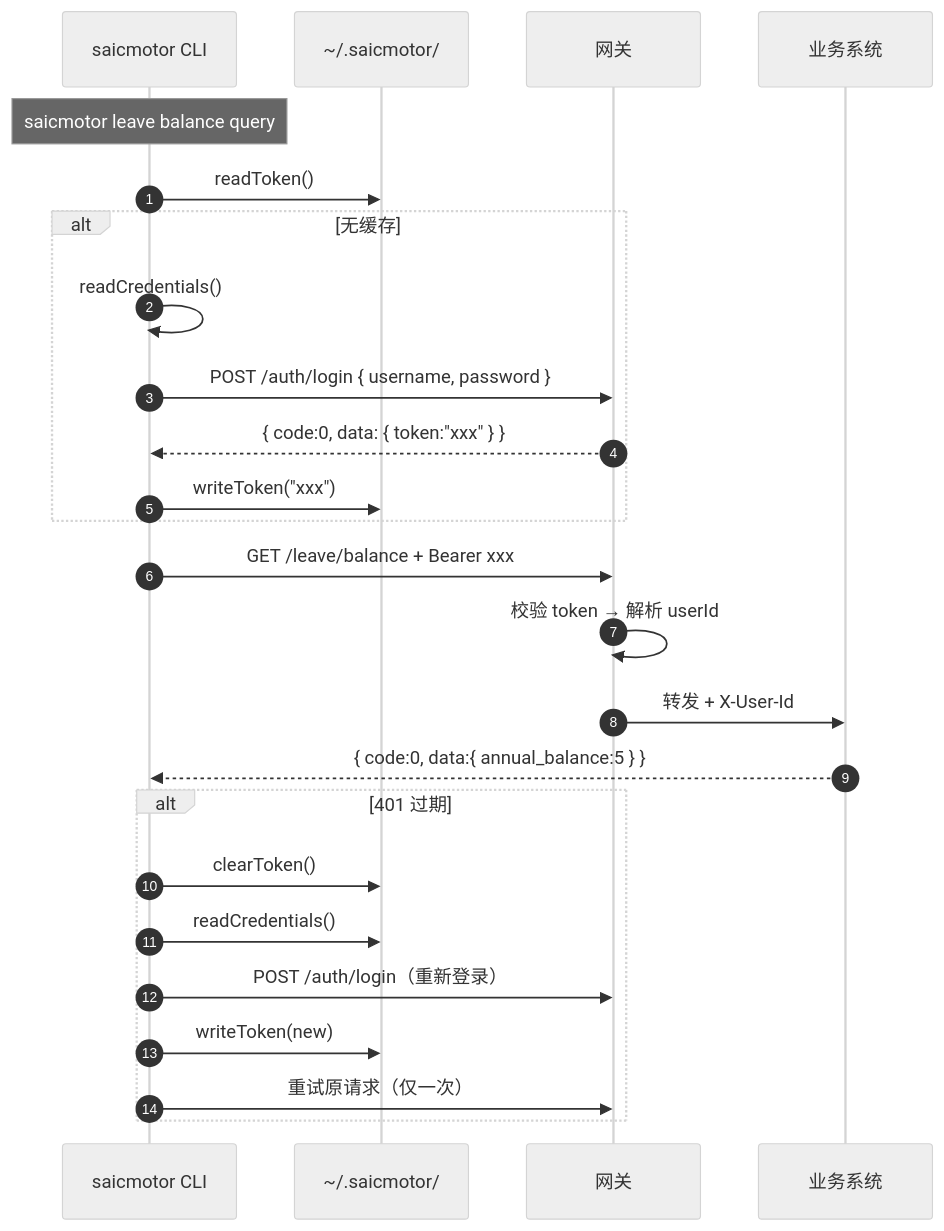
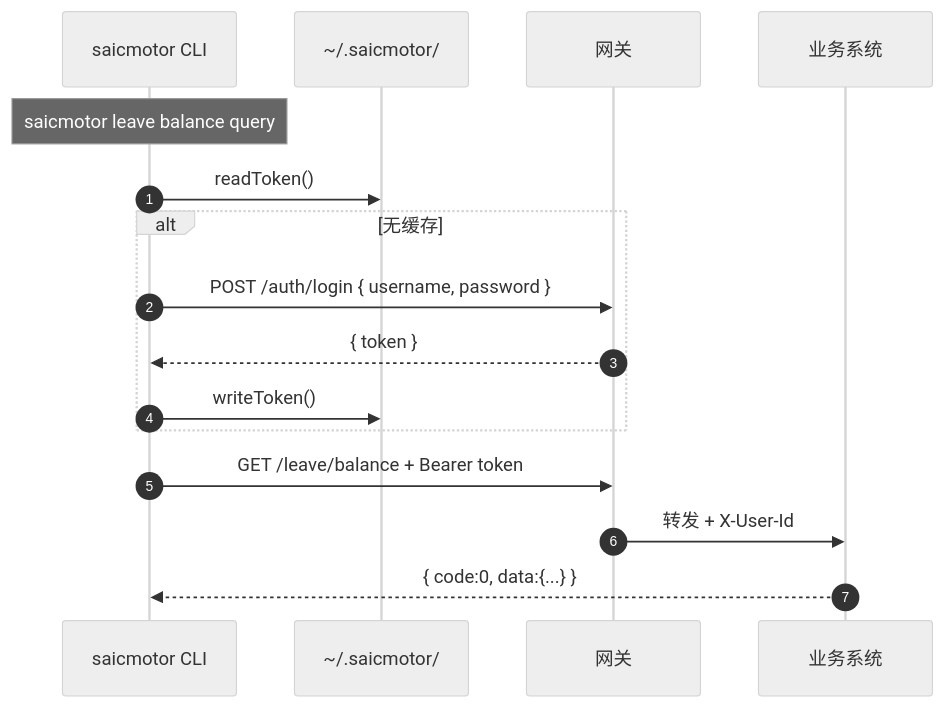
One commit to a5535772/saicmotor-cli changed the sixth of 16 diagrams in docs/ARCHITECTURE.md. Above: the diagram before and after it, drawn with Mermaid (neutral theme). The commit also changed other lines of this file and 40 other files, not shown here.

````diff
--- a/docs/ARCHITECTURE.md
+++ b/docs/ARCHITECTURE.md
@@ -380,29 +325,19 @@
 ```mermaid
 sequenceDiagram
     autonumber
     participant CLI as saicmotor CLI
     participant STORE as ~/.saicmotor/
     participant GW as 网关
     participant SYS as 业务系统
 
     Note over CLI: saicmotor leave balance query
     CLI->>STORE: readToken()
     alt 无缓存
-        CLI->>CLI: readCredentials()
         CLI->>GW: POST /auth/login { username, password }
-        GW-->>CLI: { code:0, data: { token:"xxx" } }
-        CLI->>STORE: writeToken("xxx")
+        GW-->>CLI: { token }
+        CLI->>STORE: writeToken()
     end
-    CLI->>GW: GET /leave/balance + Bearer xxx
-    GW->>GW: 校验 token → 解析 userId
+    CLI->>GW: GET /leave/balance + Bearer token
     GW->>SYS: 转发 + X-User-Id
-    SYS-->>CLI: { code:0, data:{ annual_balance:5 } }
-
-    alt 401 过期
-        CLI->>STORE: clearToken()
-        CLI->>STORE: readCredentials()
-        CLI->>GW: POST /auth/login（重新登录）
-        CLI->>STORE: writeToken(new)
-        CLI->>GW: 重试原请求（仅一次）
-    end
+    SYS-->>CLI: { code:0, data:{...} }
 ```
````
